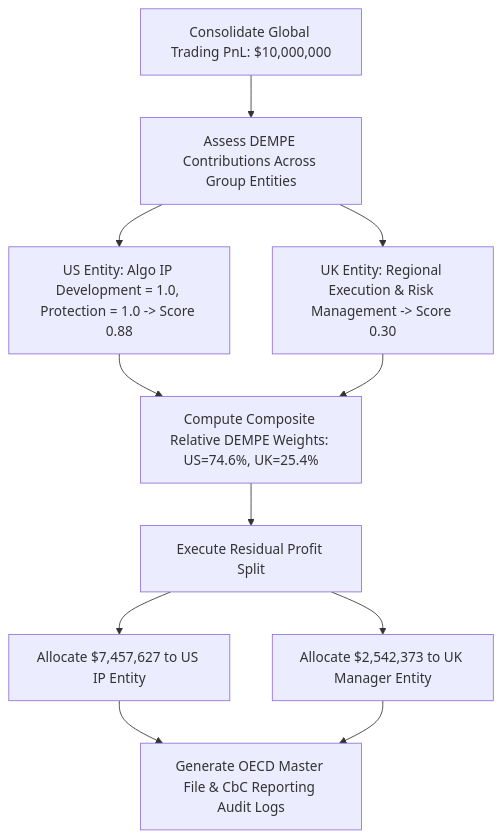
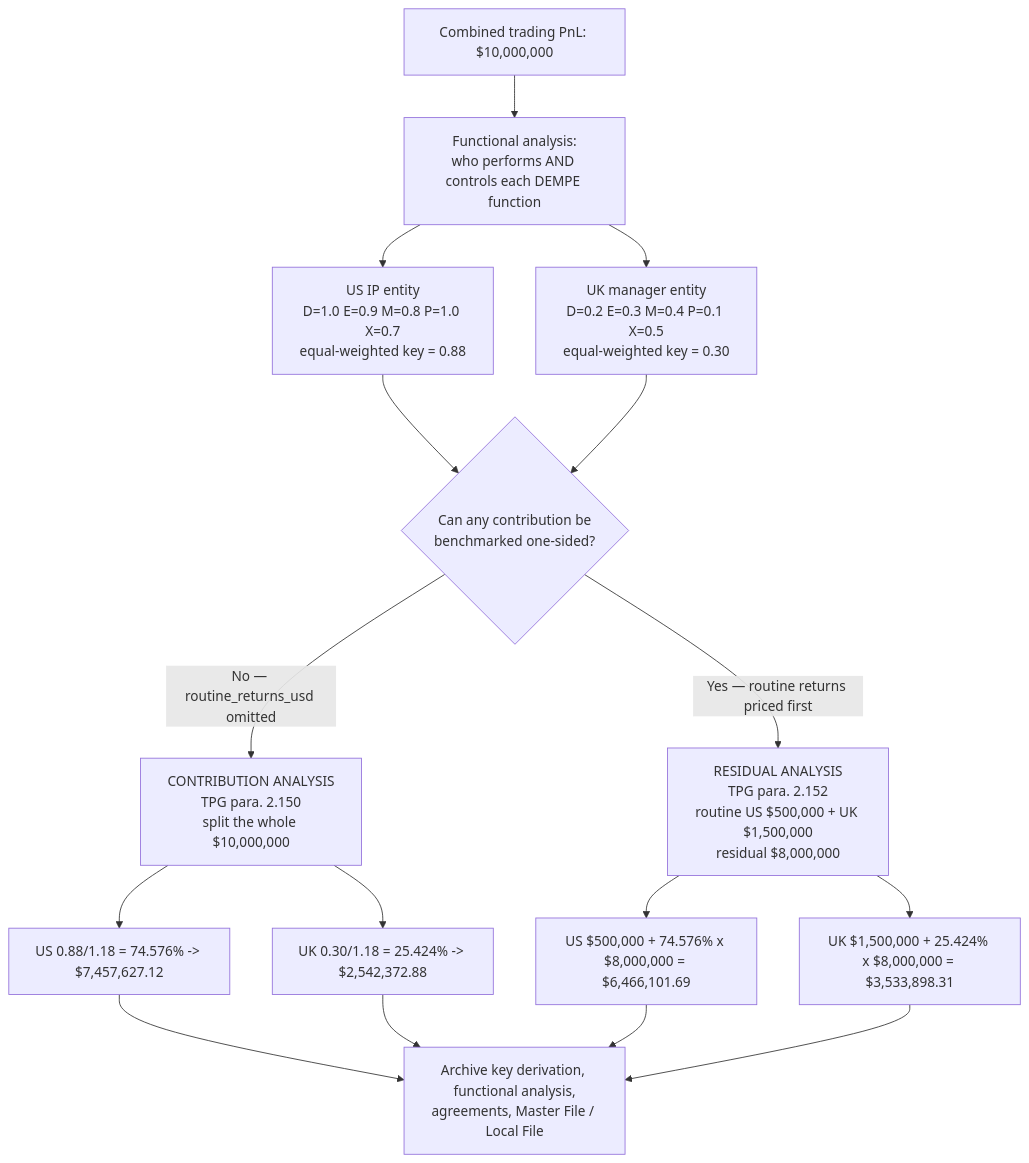
One commit to HimanshuJ16/Algo-Trading-Skills changed the second of 3 diagrams in skills/transfer-pricing-considerations-for-multi-entity-trading-operations/references/workflows.md. Above: the diagram before and after it, drawn with Mermaid. The commit also changed other lines of this file and 443 other files, not shown here.

````diff
--- a/skills/transfer-pricing-considerations-for-multi-entity-trading-operations/references/workflows.md
+++ b/skills/transfer-pricing-considerations-for-multi-entity-trading-operations/references/workflows.md
@@ -27,15 +51,19 @@
 ```mermaid
 flowchart TD
-    A[Consolidate Global Trading PnL: $10,000,000] --> B[Assess DEMPE Contributions Across Group Entities]
-    
-    B --> C[US Entity: Algo IP Development = 1.0, Protection = 1.0 -> Score 0.88]
-    B --> D[UK Entity: Regional Execution & Risk Management -> Score 0.30]
-    
-    C & D --> E[Compute Composite Relative DEMPE Weights: US=74.6%, UK=25.4%]
-    
-    E --> F[Execute Residual Profit Split]
-    F --> G[Allocate $7,457,627 to US IP Entity]
-    F --> H[Allocate $2,542,373 to UK Manager Entity]
-    
-    G & H --> I[Generate OECD Master File & CbC Reporting Audit Logs]
+    A["Combined trading PnL: $10,000,000"] --> B["Functional analysis:<br/>who performs AND controls each DEMPE function"]
+
+    B --> C["US IP entity<br/>D=1.0 E=0.9 M=0.8 P=1.0 X=0.7<br/>equal-weighted key = 0.88"]
+    B --> D["UK manager entity<br/>D=0.2 E=0.3 M=0.4 P=0.1 X=0.5<br/>equal-weighted key = 0.30"]
+
+    C & D --> E{"Can any contribution be<br/>benchmarked one-sided?"}
+
+    E -->|"No — routine_returns_usd omitted"| F["CONTRIBUTION ANALYSIS<br/>TPG para. 2.150<br/>split the whole $10,000,000"]
+    F --> G["US 0.88/1.18 = 74.576% -> $7,457,627.12"]
+    F --> H["UK 0.30/1.18 = 25.424% -> $2,542,372.88"]
+
+    E -->|"Yes — routine returns priced first"| I["RESIDUAL ANALYSIS<br/>TPG para. 2.152<br/>routine US $500,000 + UK $1,500,000<br/>residual $8,000,000"]
+    I --> J["US $500,000 + 74.576% x $8,000,000 = $6,466,101.69"]
+    I --> K["UK $1,500,000 + 25.424% x $8,000,000 = $3,533,898.31"]
+
+    G & H & J & K --> L["Archive key derivation, functional analysis,<br/>agreements, Master File / Local File"]
 ```
````
